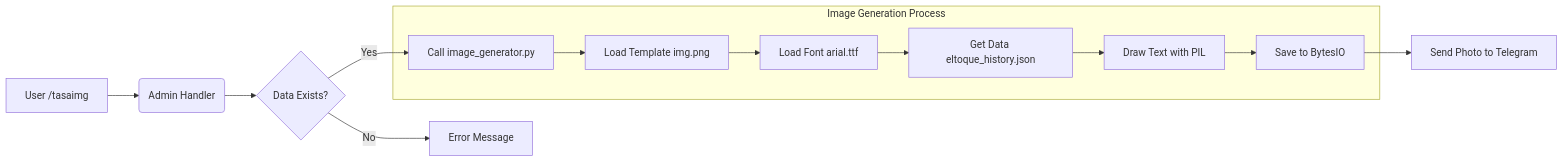
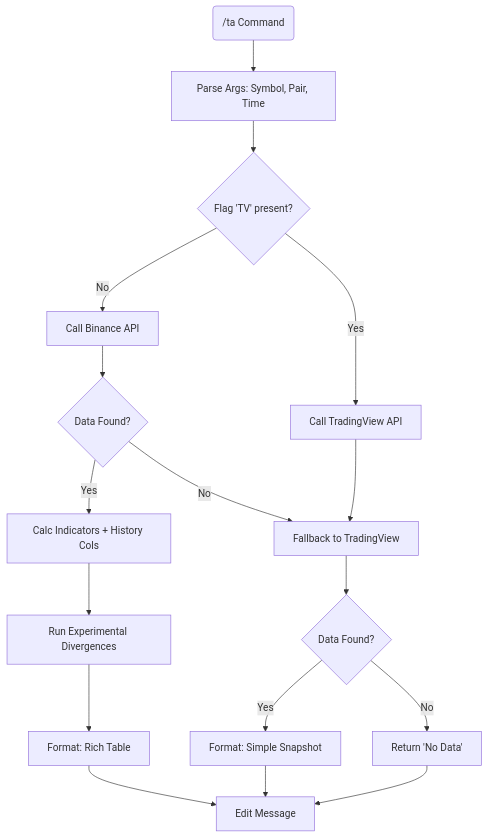
The second of 2 diagrams in README.md (ersus93/bbalert), drawn with Mermaid before and after one commit. The commit also changed other lines of this file and 5 other files, not shown here.

First line of the commit message:
feat(trading): add technical analysis command

````diff
--- a/README.md
+++ b/README.md
@@ -218,17 +106,24 @@
 ```mermaid
-flowchart LR
-    A[User /tasaimg] --> B(Admin Handler)
-    B --> C{Data Exists?}
-    C -- No --> D[Error Message]
-    C -- Yes --> E[Call image_generator.py]
+flowchart TD
+    Start(/ta Command) --> Parse[Parse Args: Symbol, Pair, Time]
+    Parse --> CheckFlag{Flag 'TV' present?}
     
-    subgraph "Image Generation Process"
-        E --> F[Load Template img.png]
-        F --> G[Load Font arial.ttf]
-        G --> H[Get Data eltoque_history.json]
-        H --> I[Draw Text with PIL]
-        I --> J[Save to BytesIO]
-    end
+    CheckFlag -- Yes --> TV_Call[Call TradingView API]
+    CheckFlag -- No --> Bin_Call[Call Binance API]
     
-    J --> K[Send Photo to Telegram]
+    Bin_Call --> Success{Data Found?}
+    Success -- Yes --> Calc[Calc Indicators + History Cols]
+    Calc --> Exp[Run Experimental Divergences]
+    Exp --> FormatBin[Format: Rich Table]
+    
+    Success -- No --> TV_Fallback[Fallback to TradingView]
+    TV_Call --> TV_Fallback
+    
+    TV_Fallback --> TV_Success{Data Found?}
+    TV_Success -- Yes --> FormatTV[Format: Simple Snapshot]
+    TV_Success -- No --> Error[Return 'No Data']
+    
+    FormatBin --> Send[Edit Message]
+    FormatTV --> Send
+    Error --> Send
 ```
````
